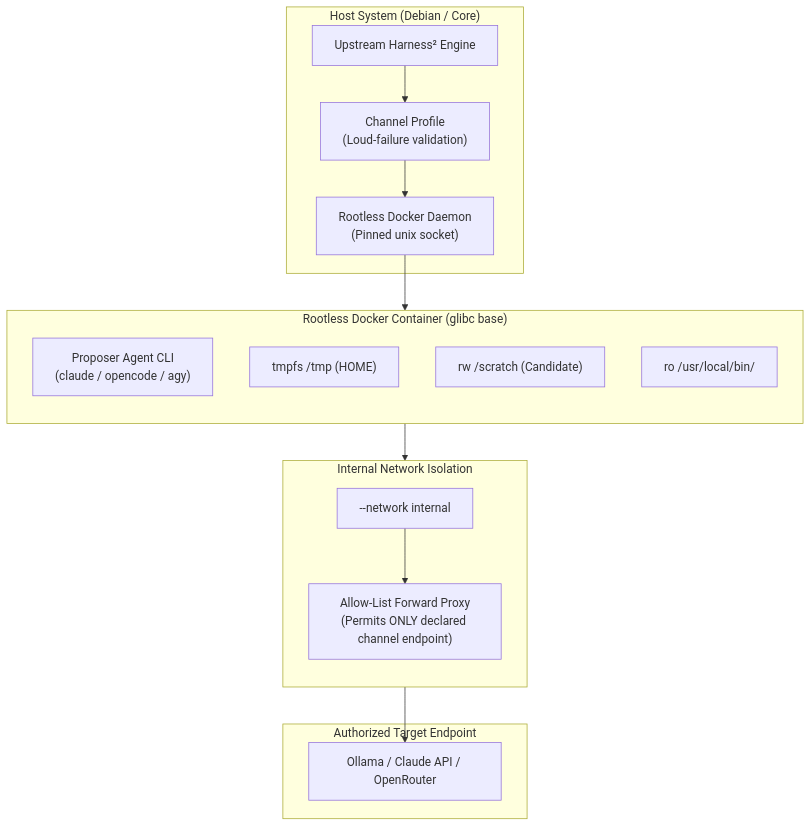
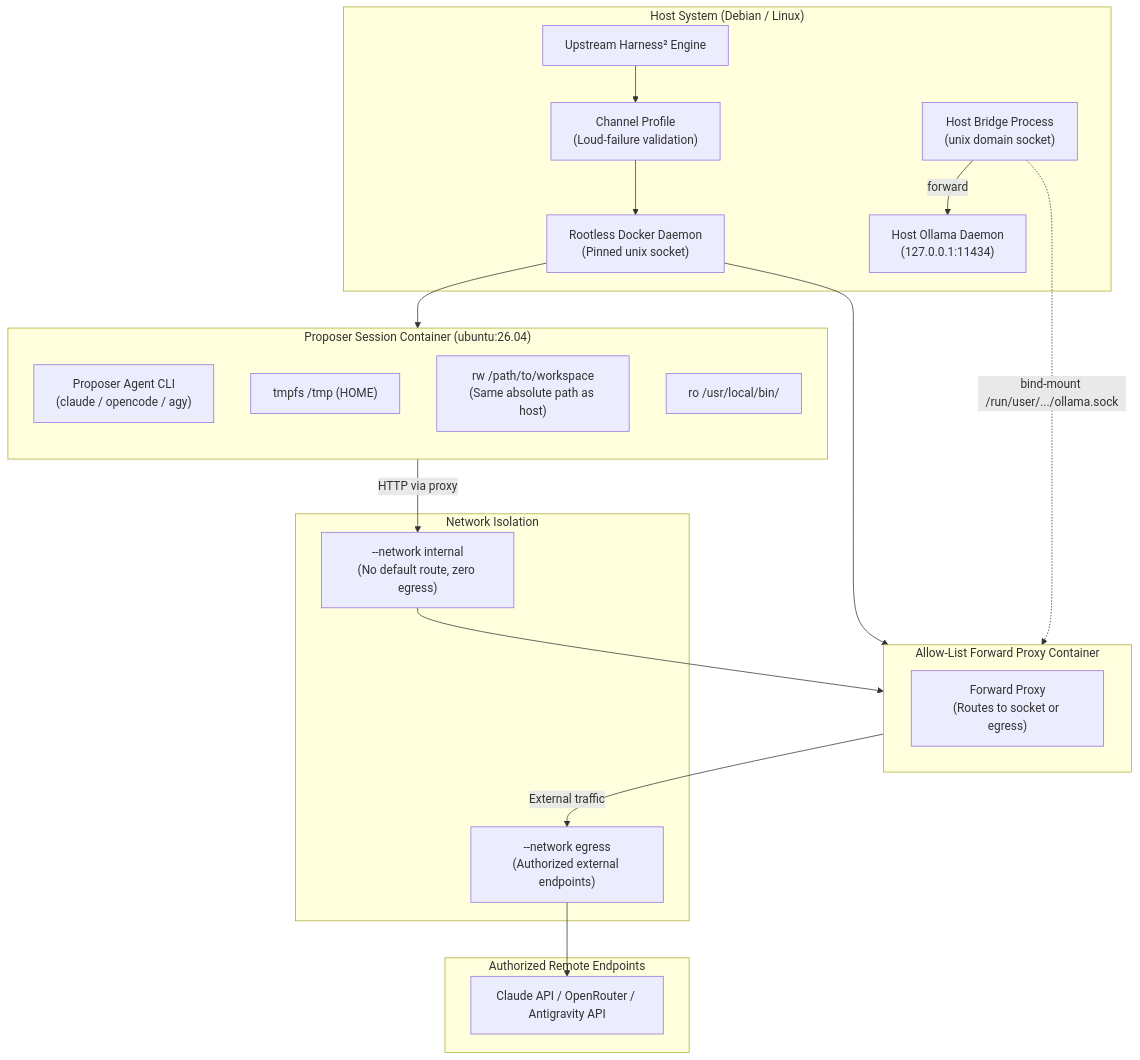
The second of 2 diagrams in docs/rfc/004-system2-harness2.md (rockad/cognitive-engine), drawn with Mermaid before and after one commit. The commit also changed other lines of this file and 1 other file, not shown here.

Commit message:
docs: record WS-0 spike findings, unix-socket bridge isolation, and proposer coupling [RFC 004]

````diff
--- a/docs/rfc/004-system2-harness2.md
+++ b/docs/rfc/004-system2-harness2.md
@@ -205,33 +205,42 @@
 ```mermaid
 flowchart TD
-    subgraph Host ["Host System (Debian / Core)"]
+    subgraph Host ["Host System (Debian / Linux)"]
         Harness["Upstream Harness² Engine"]
         Profile["Channel Profile<br/>(Loud-failure validation)"]
         DockerDaemon["Rootless Docker Daemon<br/>(Pinned unix socket)"]
+        HostBridge["Host Bridge Process<br/>(unix domain socket)"]
+        OllamaHost["Host Ollama Daemon<br/>(127.0.0.1:11434)"]
+        HostBridge -->|forward| OllamaHost
     end
 
-    subgraph Container ["Rootless Docker Container (glibc base)"]
+    subgraph ProxyContainer ["Allow-List Forward Proxy Container"]
+        AllowProxy["Forward Proxy<br/>(Routes to socket or egress)"]
+    end
+
+    subgraph SessionContainer ["Proposer Session Container (ubuntu:26.04)"]
         direction TB
         AgentCLI["Proposer Agent CLI<br/>(claude / opencode / agy)"]
         TmpHome["tmpfs /tmp (HOME)"]
-        Scratch["rw /scratch (Candidate)"]
+        SamePathWS["rw /path/to/workspace<br/>(Same absolute path as host)"]
         ReadOnlyCLI["ro /usr/local/bin/<cli>"]
     end
 
-    subgraph NetworkFilter ["Internal Network Isolation"]
-        direction TB
-        InternalNet["--network internal"]
-        AllowProxy["Allow-List Forward Proxy<br/>(Permits ONLY declared channel endpoint)"]
+    subgraph NetworkTopology ["Network Isolation"]
+        InternalNet["--network internal<br/>(No default route, zero egress)"]
+        EgressNet["--network egress<br/>(Authorized external endpoints)"]
     end
 
-    subgraph Outbound ["Authorized Target Endpoint"]
-        TargetEndpoint["Ollama / Claude API / OpenRouter"]
+    subgraph Outbound ["Authorized Remote Endpoints"]
+        TargetEndpoint["Claude API / OpenRouter / Antigravity API"]
     end
 
     Harness --> Profile
     Profile --> DockerDaemon
-    DockerDaemon --> Container
-    AgentCLI --> InternalNet
-    InternalNet --> AllowProxy
-    AllowProxy --> TargetEndpoint
+    DockerDaemon --> SessionContainer
+    DockerDaemon --> ProxyContainer
+    HostBridge -.->|bind-mount /run/user/.../ollama.sock| ProxyContainer
+    SessionContainer -->|HTTP via proxy| InternalNet
+    InternalNet --> ProxyContainer
+    ProxyContainer -->|External traffic| EgressNet
+    EgressNet --> TargetEndpoint
 ```
````
